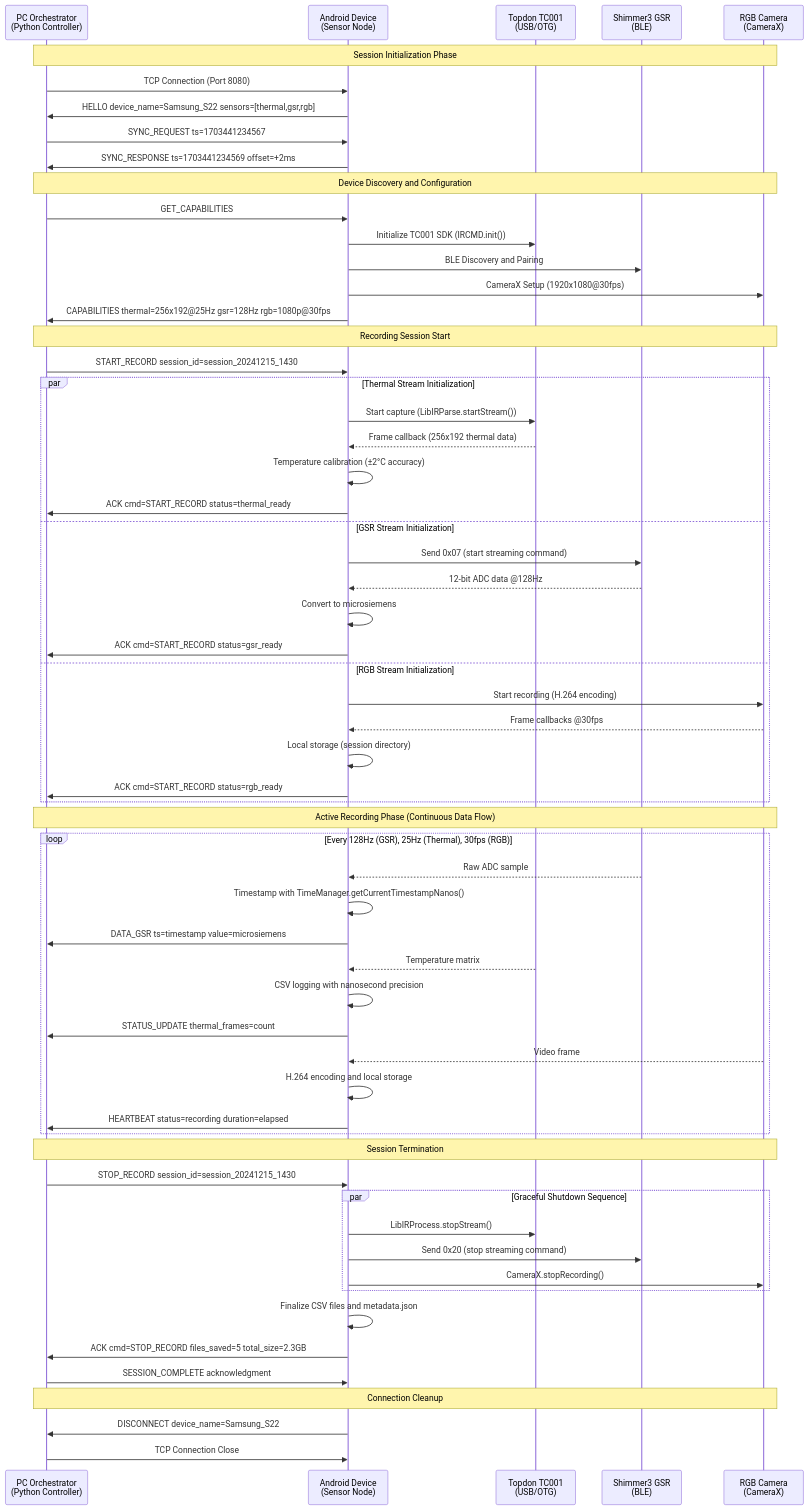
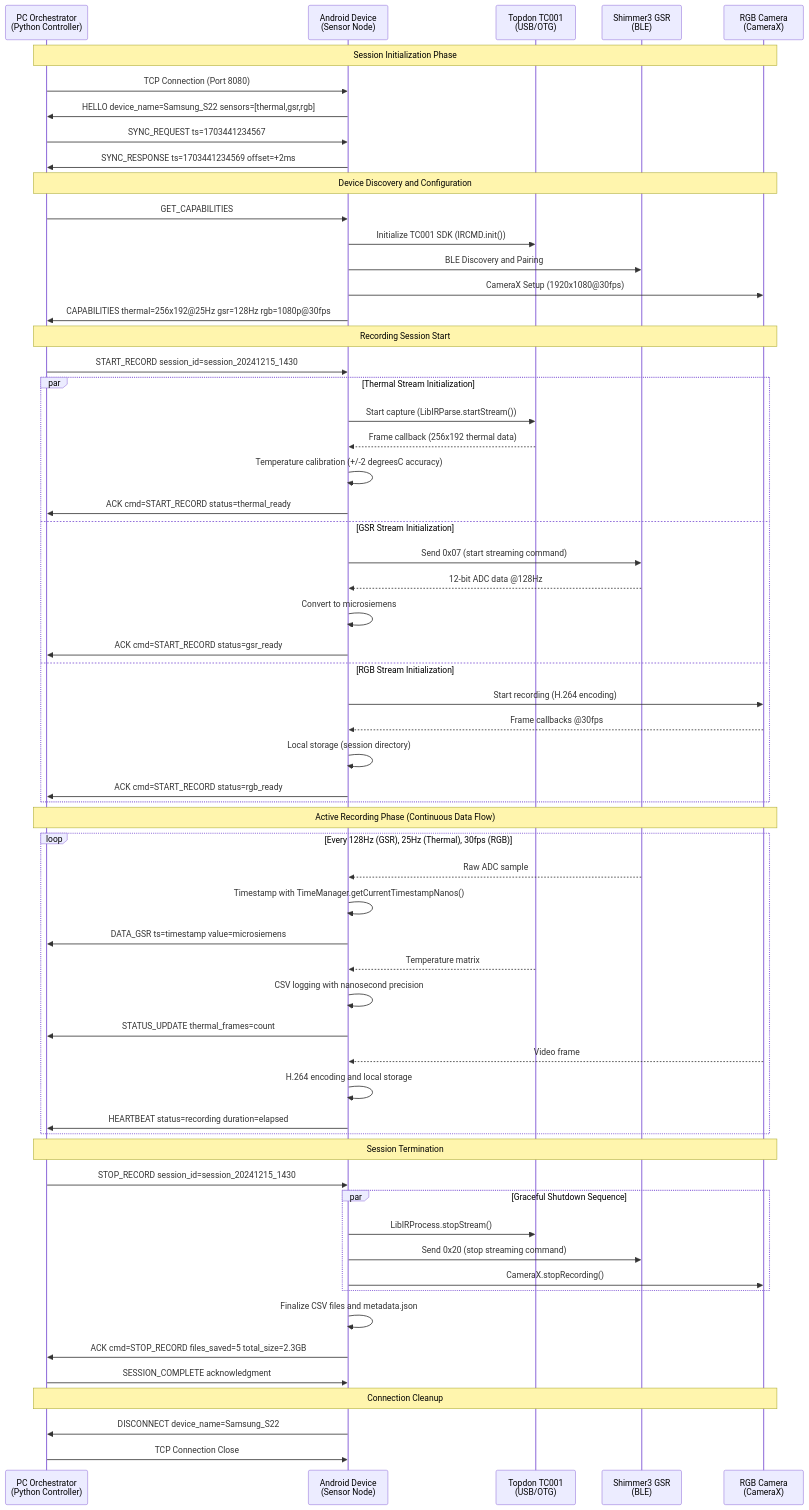
Before and after one commit to uclgsr/IRCamera: the diagram in docs/thesis-diagrams/session-sequence-diagram.md, drawn with Mermaid. The commit also changed 20 other files, not shown here.

````diff
--- a/docs/thesis-diagrams/session-sequence-diagram.md
+++ b/docs/thesis-diagrams/session-sequence-diagram.md
@@ -5,73 +5,73 @@
 ```mermaid
 sequenceDiagram
     participant PC as PC Orchestrator<br/>(Python Controller)
     participant Android as Android Device<br/>(Sensor Node)
     participant Thermal as Topdon TC001<br/>(USB/OTG)
     participant GSR as Shimmer3 GSR<br/>(BLE)
     participant Camera as RGB Camera<br/>(CameraX)
 
     Note over PC, Camera: Session Initialization Phase
     PC->>Android: TCP Connection (Port 8080)
     Android->>PC: HELLO device_name=Samsung_S22 sensors=[thermal,gsr,rgb]
     PC->>Android: SYNC_REQUEST ts=1703441234567
     Android->>PC: SYNC_RESPONSE ts=1703441234569 offset=+2ms
     
     Note over PC, Camera: Device Discovery and Configuration
     PC->>Android: GET_CAPABILITIES
     Android->>Thermal: Initialize TC001 SDK (IRCMD.init())
     Android->>GSR: BLE Discovery and Pairing
     Android->>Camera: CameraX Setup (1920x1080@30fps)
     Android->>PC: CAPABILITIES thermal=256x192@25Hz gsr=128Hz rgb=1080p@30fps
 
     Note over PC, Camera: Recording Session Start
     PC->>Android: START_RECORD session_id=session_20241215_1430
     
     par Thermal Stream Initialization
         Android->>Thermal: Start capture (LibIRParse.startStream())
         Thermal-->>Android: Frame callback (256x192 thermal data)
-        Android->>Android: Temperature calibration (±2°C accuracy)
+        Android->>Android: Temperature calibration (+/-2 degreesC accuracy)
         Android->>PC: ACK cmd=START_RECORD status=thermal_ready
     and GSR Stream Initialization  
         Android->>GSR: Send 0x07 (start streaming command)
         GSR-->>Android: 12-bit ADC data @128Hz
         Android->>Android: Convert to microsiemens
         Android->>PC: ACK cmd=START_RECORD status=gsr_ready
     and RGB Stream Initialization
         Android->>Camera: Start recording (H.264 encoding)
         Camera-->>Android: Frame callbacks @30fps
         Android->>Android: Local storage (session directory)
         Android->>PC: ACK cmd=START_RECORD status=rgb_ready
     end
 
     Note over PC, Camera: Active Recording Phase (Continuous Data Flow)
     loop Every 128Hz (GSR), 25Hz (Thermal), 30fps (RGB)
         GSR-->>Android: Raw ADC sample
         Android->>Android: Timestamp with TimeManager.getCurrentTimestampNanos()
         Android->>PC: DATA_GSR ts=timestamp value=microsiemens
         
         Thermal-->>Android: Temperature matrix
         Android->>Android: CSV logging with nanosecond precision
         Android->>PC: STATUS_UPDATE thermal_frames=count
         
         Camera-->>Android: Video frame
         Android->>Android: H.264 encoding and local storage
         Android->>PC: HEARTBEAT status=recording duration=elapsed
     end
 
     Note over PC, Camera: Session Termination
     PC->>Android: STOP_RECORD session_id=session_20241215_1430
     
     par Graceful Shutdown Sequence
         Android->>Thermal: LibIRProcess.stopStream()
         Android->>GSR: Send 0x20 (stop streaming command)  
         Android->>Camera: CameraX.stopRecording()
     end
     
     Android->>Android: Finalize CSV files and metadata.json
     Android->>PC: ACK cmd=STOP_RECORD files_saved=5 total_size=2.3GB
     PC->>Android: SESSION_COMPLETE acknowledgment
     
     Note over PC, Camera: Connection Cleanup
     Android->>PC: DISCONNECT device_name=Samsung_S22
     PC->>Android: TCP Connection Close
 ```
````
